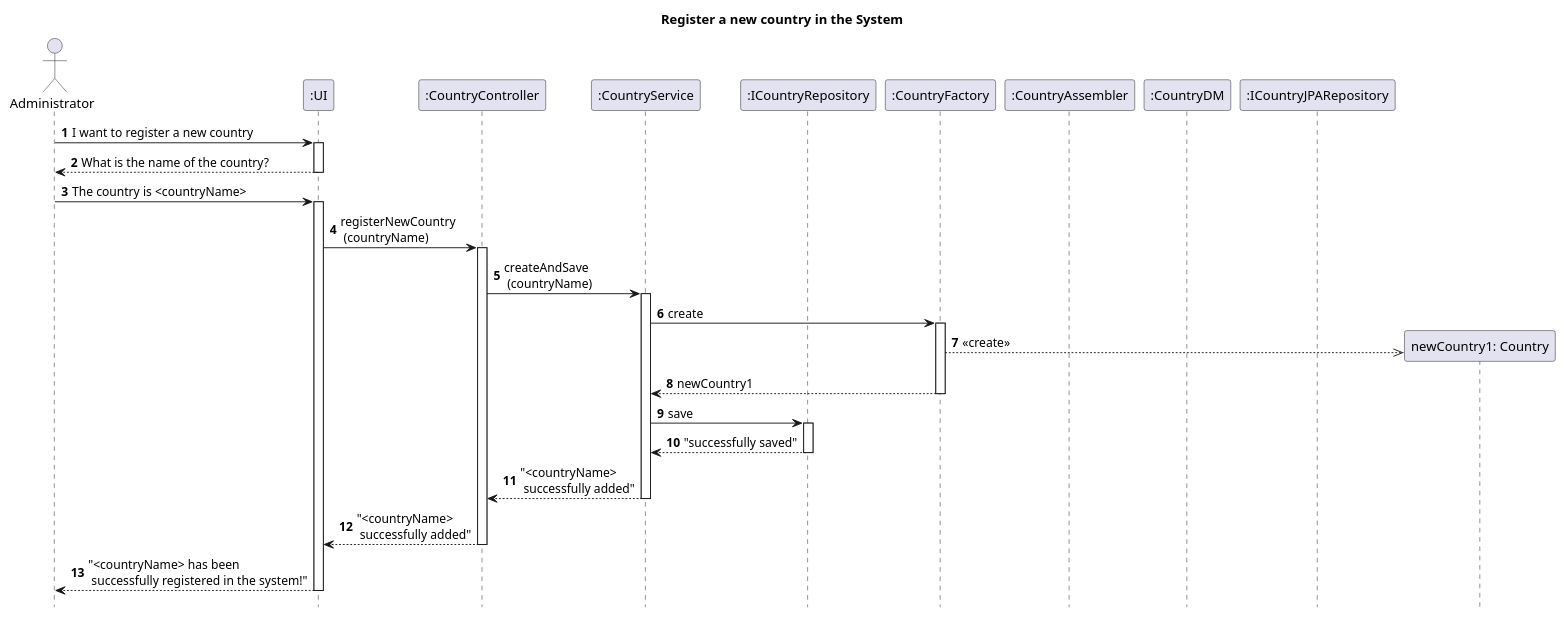
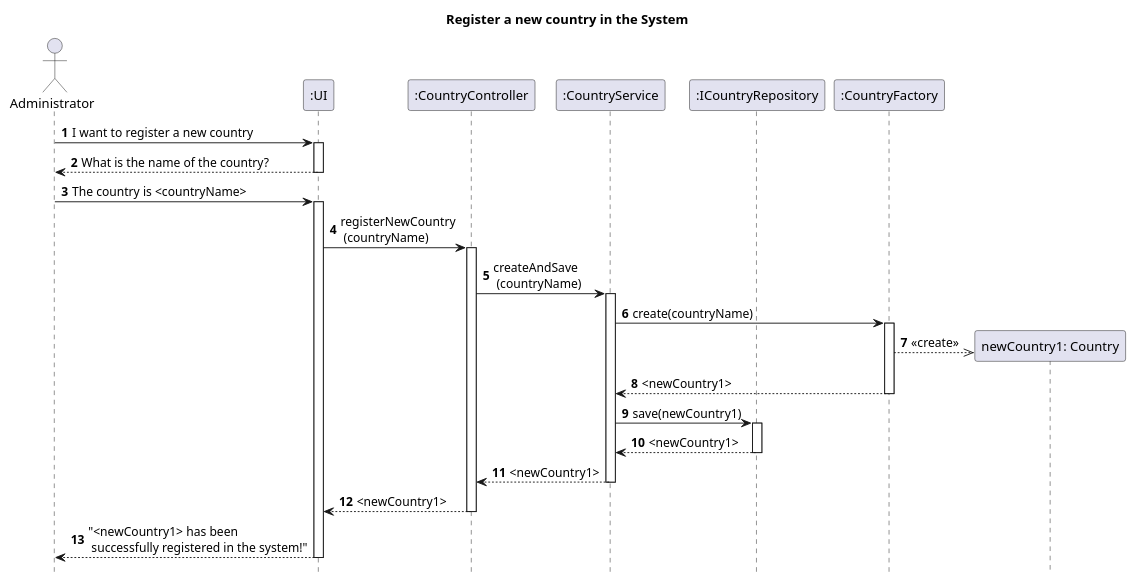
One commit to AndrePereiraGitH/SWitCH-Project-Team_A changed the diagram in Diagrams/SequenceDiagrams/N2/To-register-a-new-country-in-the-system.puml. Above: the diagram before and after it, drawn with PlantUML. The commit also changed 14 other files, not shown here.

```diff
--- a/Diagrams/SequenceDiagrams/N2/To-register-a-new-country-in-the-system.puml
+++ b/Diagrams/SequenceDiagrams/N2/To-register-a-new-country-in-the-system.puml
@@ -1,82 +1,82 @@
 @startuml
 
 footbox off
 
 title Register a new country in the System
 
 
 actor Administrator
 participant ":UI" as UI
 
 autonumber
 
 
 participant ":CountryController" as CountryController
 participant ":CountryService" as CountryService
 participant ":ICountryRepository" as ICountryRepository
 participant ":CountryFactory" as CountryFactory
-participant ":CountryAssembler" as Assembler
+/'participant ":CountryAssembler" as Assembler
 participant ":CountryDM" as DM
 participant ":ICountryJPARepository" as JPA
-
+'/
 
 Administrator -> UI : I want to register a new country
 activate UI
 UI --> Administrator : What is the name of the country?
 deactivate UI
 
 Administrator -> UI : The country is <countryName>
 activate UI
 
 UI -> CountryController : registerNewCountry\n (countryName)
 activate CountryController
 
 
 CountryController -> CountryService : createAndSave\n (countryName)
 activate CountryService
-CountryService -> CountryFactory : create
+CountryService -> CountryFactory : create(countryName)
 activate CountryFactory
 create participant "newCountry1: Country" as Country
 CountryFactory -->> Country : «create»
-CountryFactory --> CountryService : newCountry1
+CountryFactory --> CountryService : <newCountry1>
 deactivate CountryFactory
-CountryService -> ICountryRepository : save
+CountryService -> ICountryRepository : save(newCountry1)
 activate ICountryRepository
-ICountryRepository --> CountryService : "successfully saved"
+ICountryRepository --> CountryService : <newCountry1>
 deactivate ICountryRepository
-CountryService --> CountryController : "<countryName>\n successfully added"
+CountryService --> CountryController : <newCountry1>
 deactivate CountryService
 
-CountryController --> UI : "<countryName>\n successfully added"
+CountryController --> UI : <newCountry1>
 deactivate CountryController
-UI --> Administrator : "<countryName> has been\n successfully registered in the system!"
+UI --> Administrator : "<newCountry1> has been\n successfully registered in the system!"
 deactivate UI
 
 /' ICountryRepository -> CountryFactory : createAndAdd\n(countryName)
 activate CountryFactory
 CountryFactory -->> Country : «create»
 
 CountryFactory --> ICountryRepository : newCountry1
 deactivate CountryFactory
 
 ICountryRepository -> ICountryRepository : validate\n (newCountry1)
 
 alt Country already exists
 ICountryRepository --> CountryController : newCountry1\n already exists
 CountryController --> UI : newCountry1\n already exists
 UI --> Administrator : <newCountry1> is already\n registered in the system!
 else Country does not exist
 ICountryRepository -> ICountryRepository : Add (newCountry1)
 ICountryRepository --> CountryController : newCountry1
 deactivate ICountryRepository
 
 CountryController --> UI : success!
 deactivate CountryController
 
 UI --> Administrator : <newCountry1>\n registered successfully!
 deactivate UI
 end
 '/
 
 
 @enduml
```
